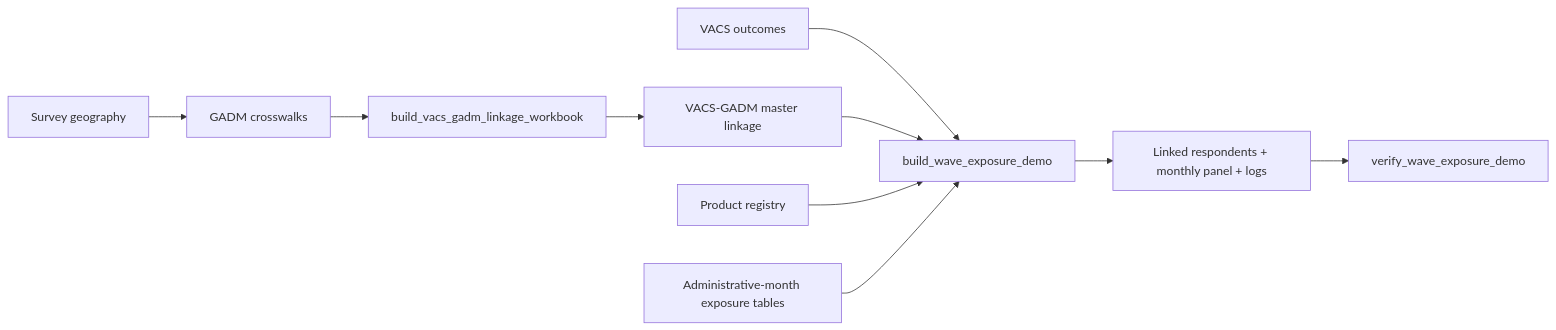
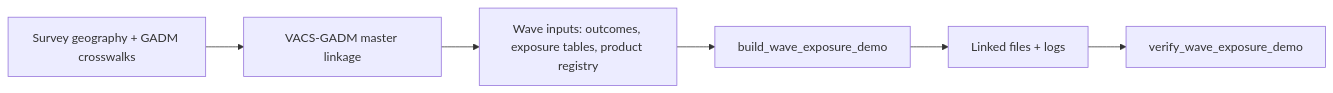
Before and after one commit to JunchenX0809/research_side_projects_ipv_v2: the third of 3 diagrams in README.md, drawn with Mermaid. The commit also changed other lines of this file and 22 other files, not shown here.

First line of the commit message:
1010_annotations_diagrams

````diff
--- a/README.md
+++ b/README.md
@@ -56,12 +50,8 @@
 ```mermaid
 flowchart LR
-  LABELS["Survey geography"] --> CROSS["GADM crosswalks"]
-  CROSS --> WORKBOOK["build_vacs_gadm_linkage_workbook"]
-  WORKBOOK --> MASTER["VACS-GADM master linkage"]
-  OUTCOME["VACS outcomes"] --> BUILD["build_wave_exposure_demo"]
-  MASTER --> BUILD
-  REGISTRY["Product registry"] --> BUILD
-  PANEL["Administrative-month exposure tables"] --> BUILD
-  BUILD --> DEMO["Linked respondents + monthly panel + logs"]
+  GEO["Survey geography + GADM crosswalks"] --> MASTER["VACS-GADM master linkage"]
+  MASTER --> INPUTS["Wave inputs: outcomes, exposure tables, product registry"]
+  INPUTS --> BUILD["build_wave_exposure_demo"]
+  BUILD --> DEMO["Linked files + logs"]
   DEMO --> VERIFY["verify_wave_exposure_demo"]
 ```
````
